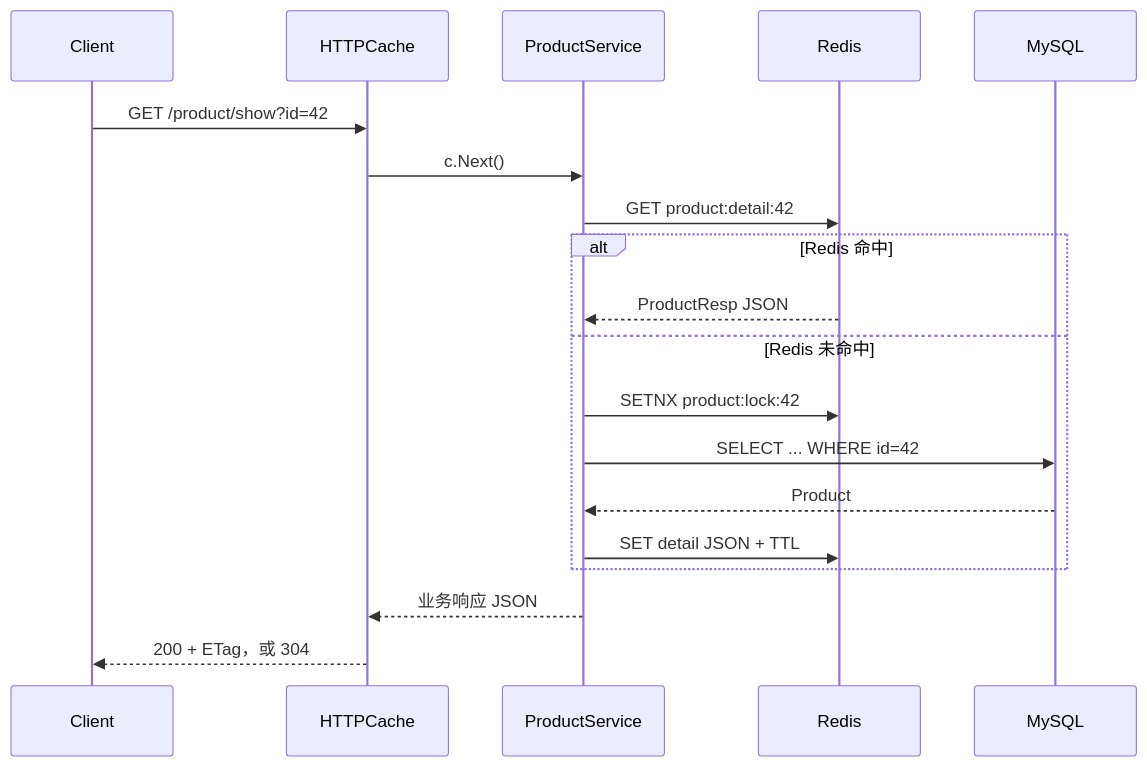
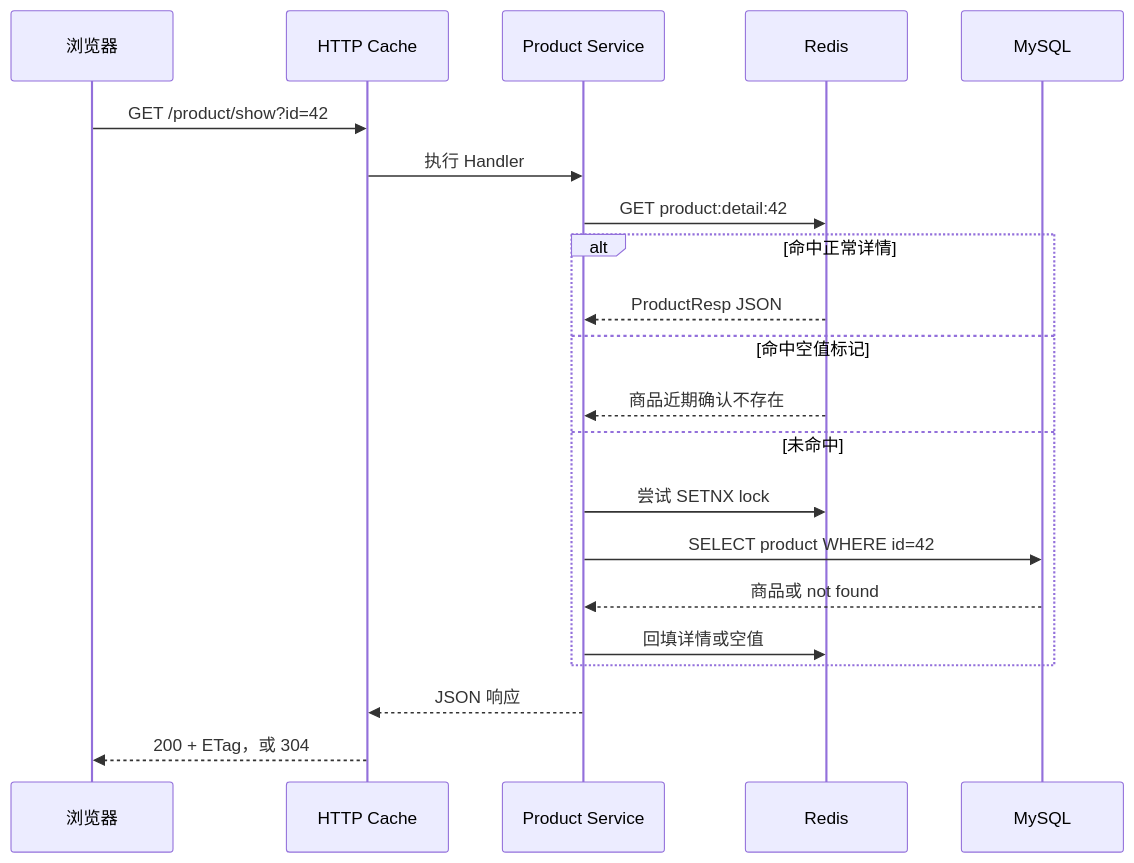
The second of 3 diagrams in docs/lecture/02-product-display.md (RedInn7/gomall), drawn with Mermaid before and after one commit. The commit also changed other lines of this file, not shown here.

````diff
--- a/docs/lecture/02-product-display.md
+++ b/docs/lecture/02-product-display.md
@@ -301,22 +193,24 @@
 ```mermaid
 sequenceDiagram
-    participant C as Client
-    participant H as HTTPCache
-    participant S as ProductService
+    participant B as 浏览器
+    participant H as HTTP Cache
+    participant S as Product Service
     participant R as Redis
-    participant DB as MySQL
+    participant D as MySQL
 
-    C->>H: GET /product/show?id=42
-    H->>S: c.Next()
+    B->>H: GET /product/show?id=42
+    H->>S: 执行 Handler
     S->>R: GET product:detail:42
-    alt Redis 命中
+    alt 命中正常详情
         R-->>S: ProductResp JSON
-    else Redis 未命中
-        S->>R: SETNX product:lock:42
-        S->>DB: SELECT ... WHERE id=42
-        DB-->>S: Product
-        S->>R: SET detail JSON + TTL
+    else 命中空值标记
+        R-->>S: 商品近期确认不存在
+    else 未命中
+        S->>R: 尝试 SETNX lock
+        S->>D: SELECT product WHERE id=42
+        D-->>S: 商品或 not found
+        S->>R: 回填详情或空值
     end
-    S-->>H: 业务响应 JSON
-    H-->>C: 200 + ETag，或 304
+    S-->>H: JSON 响应
+    H-->>B: 200 + ETag，或 304
 ```
````
